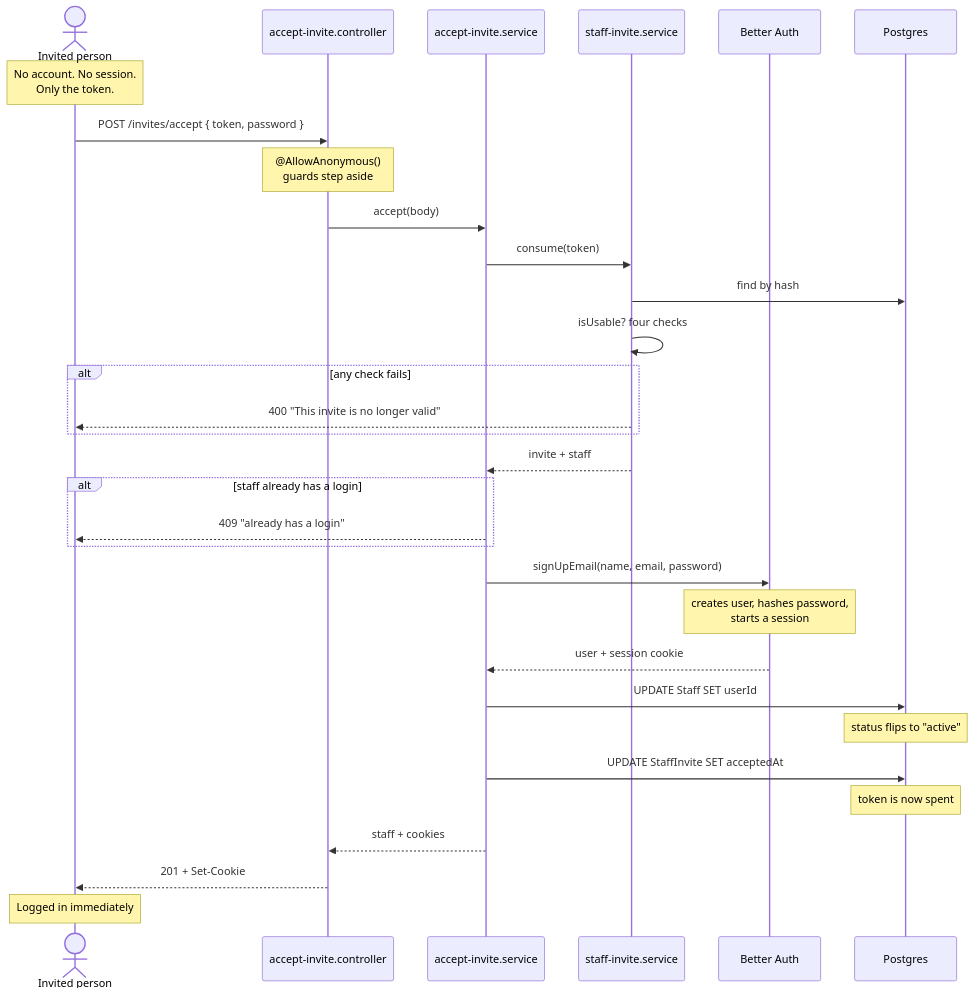
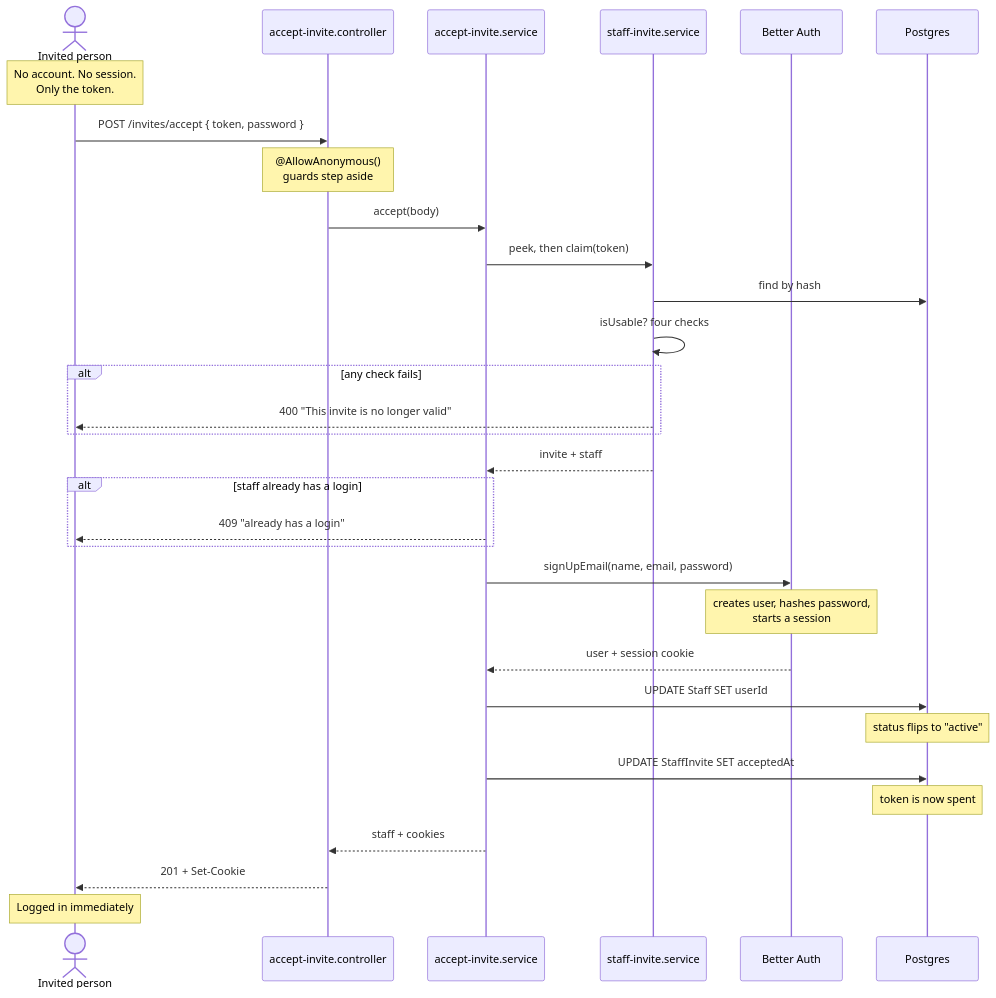
One commit to chuba-cn/koru changed the fifth of 11 diagrams in docs/architecture/staff-invitations.md. Above: the diagram before and after it, drawn with Mermaid. The commit also changed other lines of this file and 14 other files, not shown here.

````diff
--- a/docs/architecture/staff-invitations.md
+++ b/docs/architecture/staff-invitations.md
@@ -136,34 +136,34 @@
 ```mermaid
 sequenceDiagram
     actor User as Invited person
     participant Ctrl as accept-invite.controller
     participant AS as accept-invite.service
     participant Inv as staff-invite.service
     participant BA as Better Auth
     participant DB as Postgres
 
     Note over User: No account. No session.<br/>Only the token.
     User->>Ctrl: POST /invites/accept { token, password }
     Note over Ctrl: @AllowAnonymous()<br/>guards step aside
     Ctrl->>AS: accept(body)
-    AS->>Inv: consume(token)
+    AS->>Inv: peek, then claim(token)
     Inv->>DB: find by hash
     Inv->>Inv: isUsable? four checks
     alt any check fails
         Inv-->>User: 400 "This invite is no longer valid"
     end
     Inv-->>AS: invite + staff
     alt staff already has a login
         AS-->>User: 409 "already has a login"
     end
     AS->>BA: signUpEmail(name, email, password)
     Note over BA: creates user, hashes password,<br/>starts a session
     BA-->>AS: user + session cookie
     AS->>DB: UPDATE Staff SET userId
     Note over DB: status flips to "active"
     AS->>DB: UPDATE StaffInvite SET acceptedAt
     Note over DB: token is now spent
     AS-->>Ctrl: staff + cookies
     Ctrl-->>User: 201 + Set-Cookie
     Note over User: Logged in immediately
 ```
````
